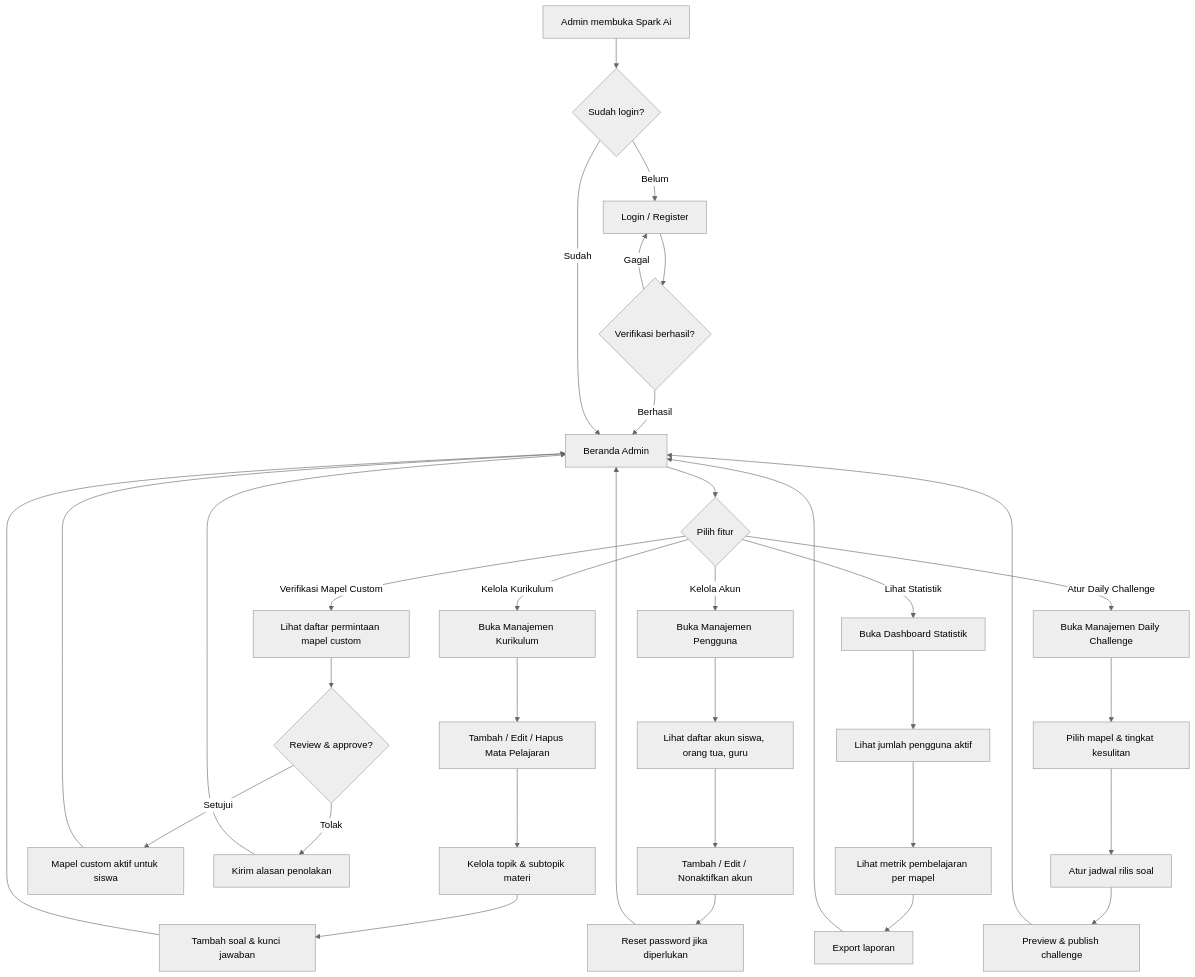
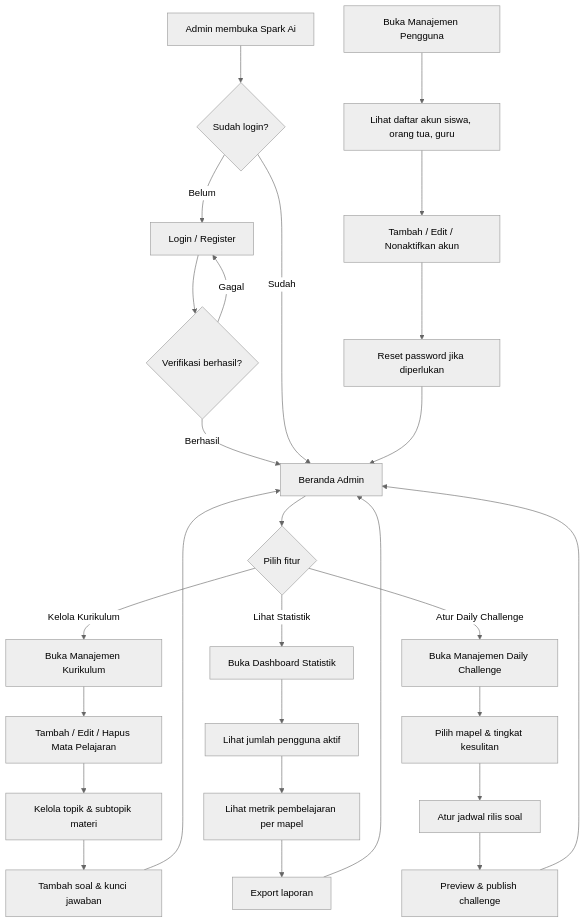
The diagram in proposal/diagrams/use-case-admin.md (KyyTzy09/Pekan-IT-Spark-AI), drawn with Mermaid (neutral theme) before and after one commit.

Commit message:
docs: remove custom subject verification from admin use case

````diff
--- a/proposal/diagrams/use-case-admin.md
+++ b/proposal/diagrams/use-case-admin.md
@@ -1,42 +1,35 @@
 ```mermaid
 flowchart TD
     A[Admin membuka Spark Ai] --> B{Sudah login?}
     B -->|Belum| C[Login / Register]
     C --> D{Verifikasi berhasil?}
     D -->|Gagal| C
     D -->|Berhasil| E[Beranda Admin]
     B -->|Sudah| E
 
     E --> F{Pilih fitur}
 
     F -->|Kelola Kurikulum| G[Buka Manajemen Kurikulum]
     G --> G1[Tambah / Edit / Hapus Mata Pelajaran]
     G1 --> G2[Kelola topik & subtopik materi]
     G2 --> G3[Tambah soal & kunci jawaban]
     G3 --> E
 
-    F -->|Verifikasi Mapel Custom| H[Lihat daftar permintaan mapel custom]
-    H --> H1{Review & approve?}
-    H1 -->|Setujui| H2[Mapel custom aktif untuk siswa]
-    H1 -->|Tolak| H3[Kirim alasan penolakan]
-    H2 --> E
-    H3 --> E
-
-    F -->|Kelola Akun| I[Buka Manajemen Pengguna]
+ I[Buka Manajemen Pengguna]
     I --> I1[Lihat daftar akun siswa, orang tua, guru]
     I1 --> I2[Tambah / Edit / Nonaktifkan akun]
     I2 --> I3[Reset password jika diperlukan]
     I3 --> E
 
     F -->|Lihat Statistik| J[Buka Dashboard Statistik]
     J --> J1[Lihat jumlah pengguna aktif]
     J1 --> J2[Lihat metrik pembelajaran per mapel]
     J2 --> J3[Export laporan]
     J3 --> E
 
     F -->|Atur Daily Challenge| K[Buka Manajemen Daily Challenge]
     K --> K1[Pilih mapel & tingkat kesulitan]
     K1 --> K2[Atur jadwal rilis soal]
     K2 --> K3[Preview & publish challenge]
     K3 --> E
 ```
````
